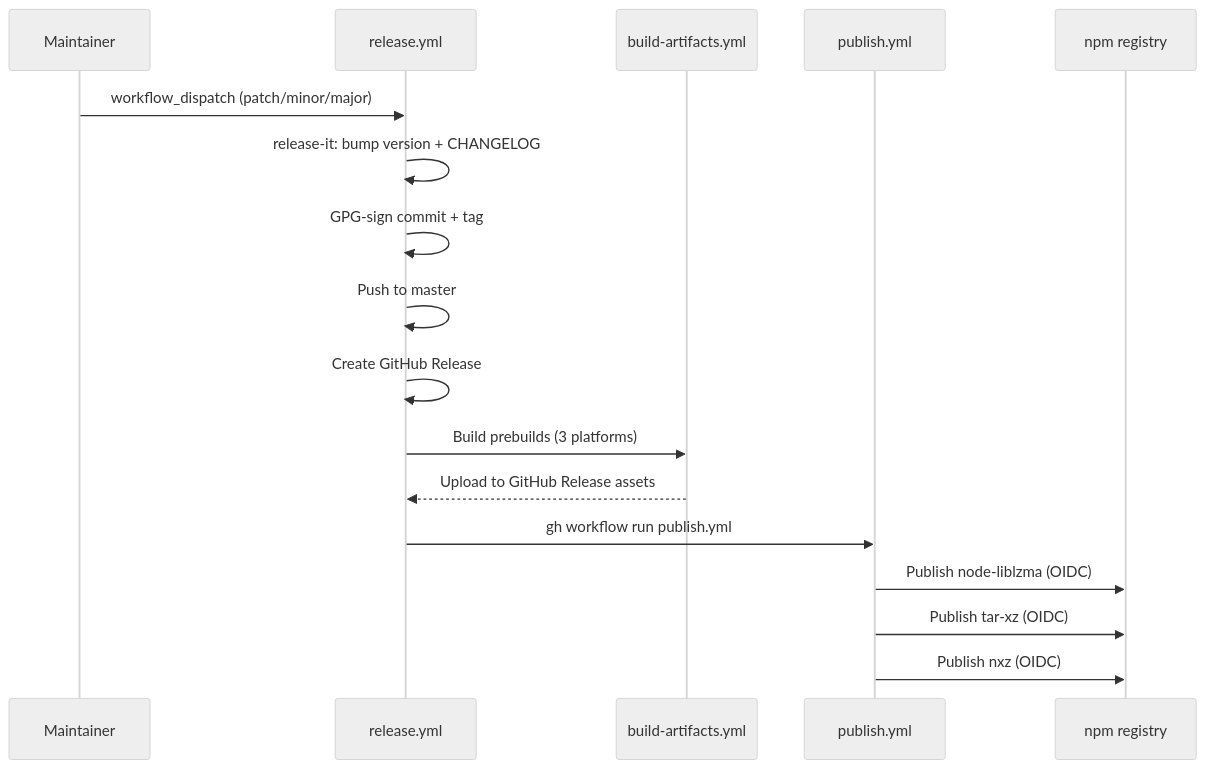
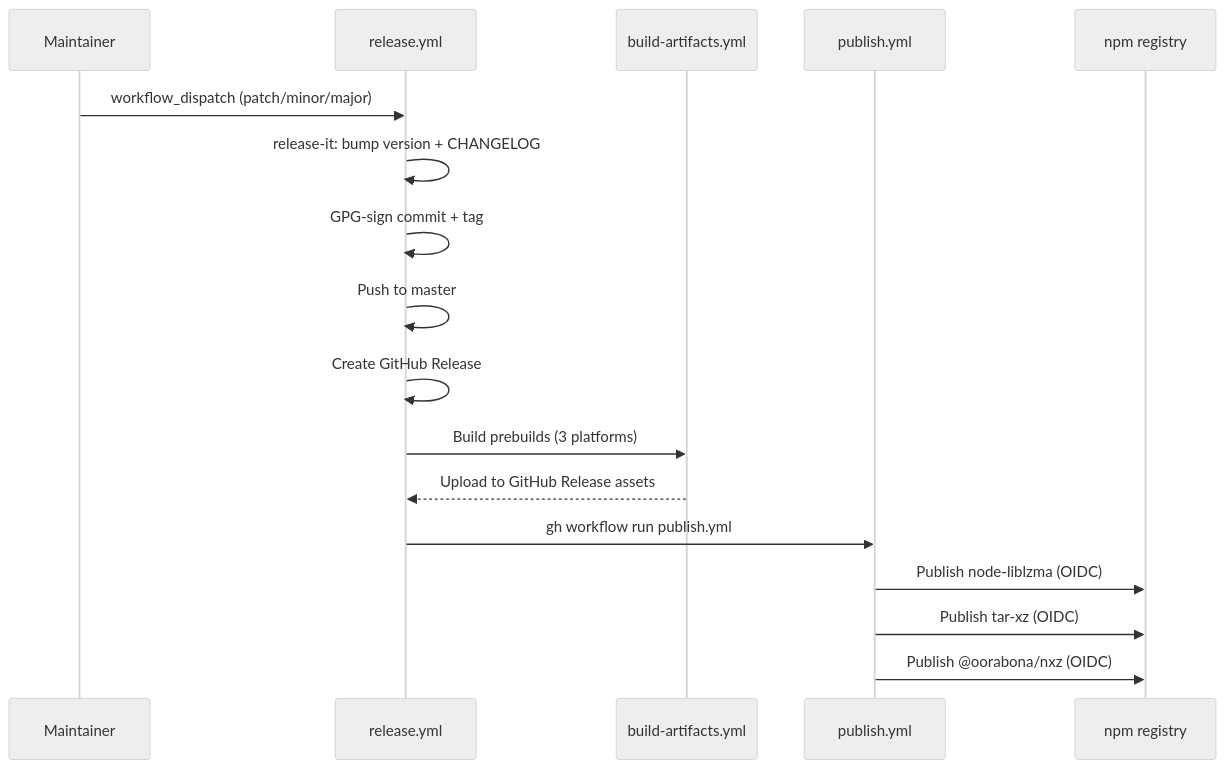
The second of 2 diagrams in docs/RELEASING.md (oorabona/node-liblzma), drawn with Mermaid (neutral theme) before and after one commit. The commit also changed other lines of this file and 9 other files, not shown here.

First line of the commit message:
refactor(nxz)!: scope package to @oorabona/nxz (#135)

````diff
--- a/docs/RELEASING.md
+++ b/docs/RELEASING.md
@@ -34,20 +46,20 @@
 ```mermaid
 sequenceDiagram
     participant M as Maintainer
     participant R as release.yml
     participant BA as build-artifacts.yml
     participant P as publish.yml
     participant NPM as npm registry
 
     M->>R: workflow_dispatch (patch/minor/major)
     R->>R: release-it: bump version + CHANGELOG
     R->>R: GPG-sign commit + tag
     R->>R: Push to master
     R->>R: Create GitHub Release
     R->>BA: Build prebuilds (3 platforms)
     BA-->>R: Upload to GitHub Release assets
     R->>P: gh workflow run publish.yml
     P->>NPM: Publish node-liblzma (OIDC)
     P->>NPM: Publish tar-xz (OIDC)
-    P->>NPM: Publish nxz (OIDC)
+    P->>NPM: Publish @oorabona/nxz (OIDC)
 ```
````
